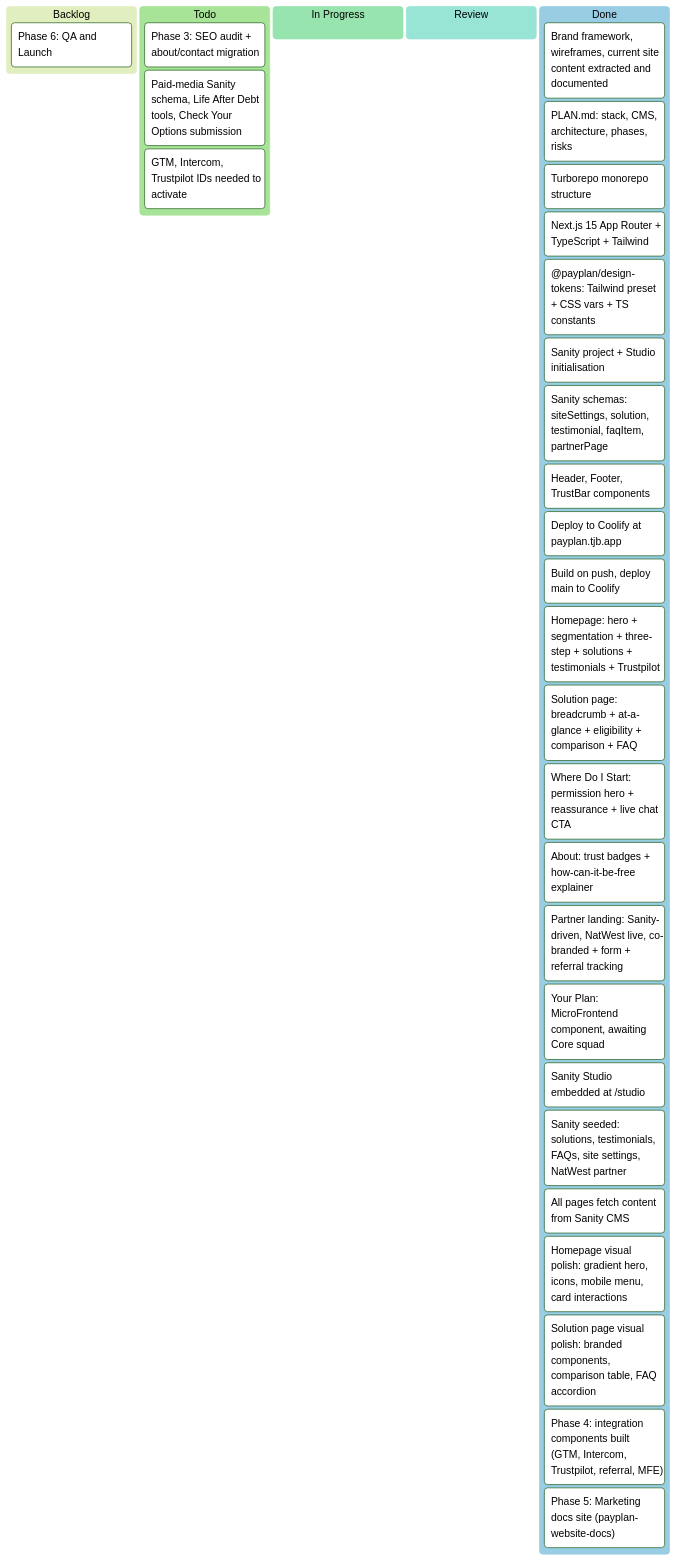
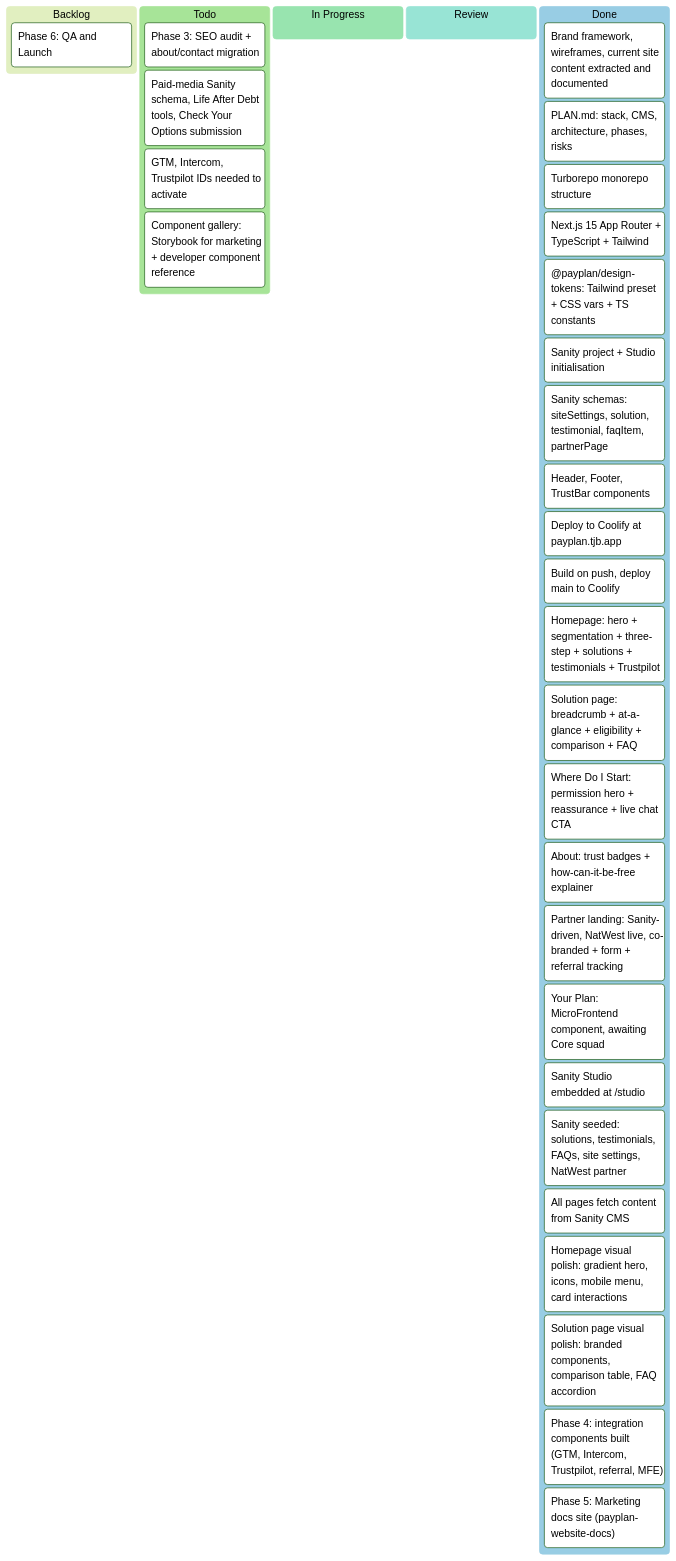
Before and after one commit to timothybroome/payplan-website: the diagram in KANBAN.md, drawn with Mermaid (forest theme). The commit also changed other lines of this file, not shown here.

Commit message:
Add Storybook component gallery to kanban, note Intercom domain trust requirement

````diff
--- a/KANBAN.md
+++ b/KANBAN.md
@@ -3,38 +3,39 @@
 ```mermaid
 ---
 title: payplan-website
 ---
 kanban
   Backlog
     Phase 6 Launch["Phase 6: QA and Launch"]
   Todo
     Phase 3 Remaining["Phase 3: SEO audit + about/contact migration"]
     Incomplete pages["Paid-media Sanity schema, Life After Debt tools, Check Your Options submission"]
     Integration credentials["GTM, Intercom, Trustpilot IDs needed to activate"]
+    Storybook["Component gallery: Storybook for marketing + developer component reference"]
   In Progress
   Review
   Done
     Source materials["Brand framework, wireframes, current site content extracted and documented"]
     Technical plan["PLAN.md: stack, CMS, architecture, phases, risks"]
     Monorepo setup["Turborepo monorepo structure"]
     Next.js scaffold["Next.js 15 App Router + TypeScript + Tailwind"]
     Design tokens package["@payplan/design-tokens: Tailwind preset + CSS vars + TS constants"]
     Sanity project setup["Sanity project + Studio initialisation"]
     Core schemas["Sanity schemas: siteSettings, solution, testimonial, faqItem, partnerPage"]
     Layout components["Header, Footer, TrustBar components"]
     Coolify deploy["Deploy to Coolify at payplan.tjb.app"]
     CI pipeline["Build on push, deploy main to Coolify"]
     Homepage["Homepage: hero + segmentation + three-step + solutions + testimonials + Trustpilot"]
     Solution page["Solution page: breadcrumb + at-a-glance + eligibility + comparison + FAQ"]
     Where Do I Start["Where Do I Start: permission hero + reassurance + live chat CTA"]
     About page["About: trust badges + how-can-it-be-free explainer"]
     Partner landing["Partner landing: Sanity-driven, NatWest live, co-branded + form + referral tracking"]
     Your Plan placeholder["Your Plan: MicroFrontend component, awaiting Core squad"]
     Sanity Studio route["Sanity Studio embedded at /studio"]
     Content seed["Sanity seeded: solutions, testimonials, FAQs, site settings, NatWest partner"]
     CMS wiring["All pages fetch content from Sanity CMS"]
     Visual polish hp["Homepage visual polish: gradient hero, icons, mobile menu, card interactions"]
     Visual polish sol["Solution page visual polish: branded components, comparison table, FAQ accordion"]
     Phase 4 infra["Phase 4: integration components built (GTM, Intercom, Trustpilot, referral, MFE)"]
     Phase 5 Guide["Phase 5: Marketing docs site (payplan-website-docs)"]
 ```
````
